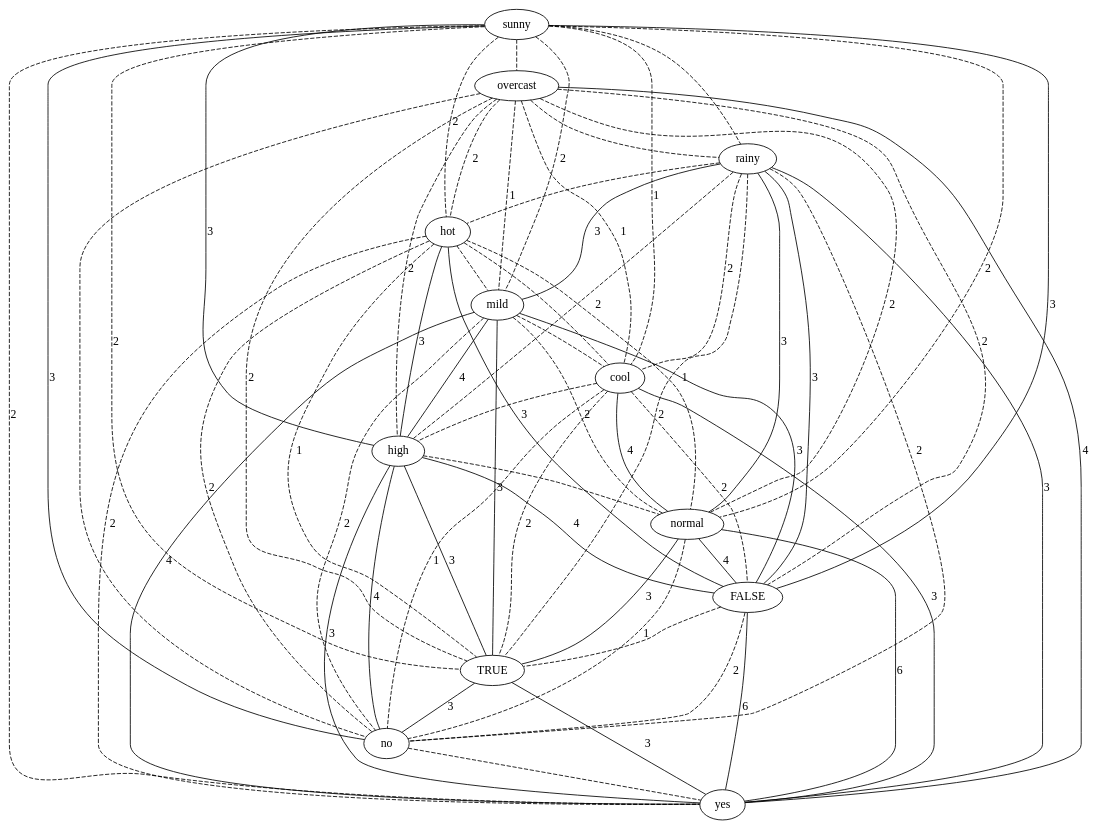
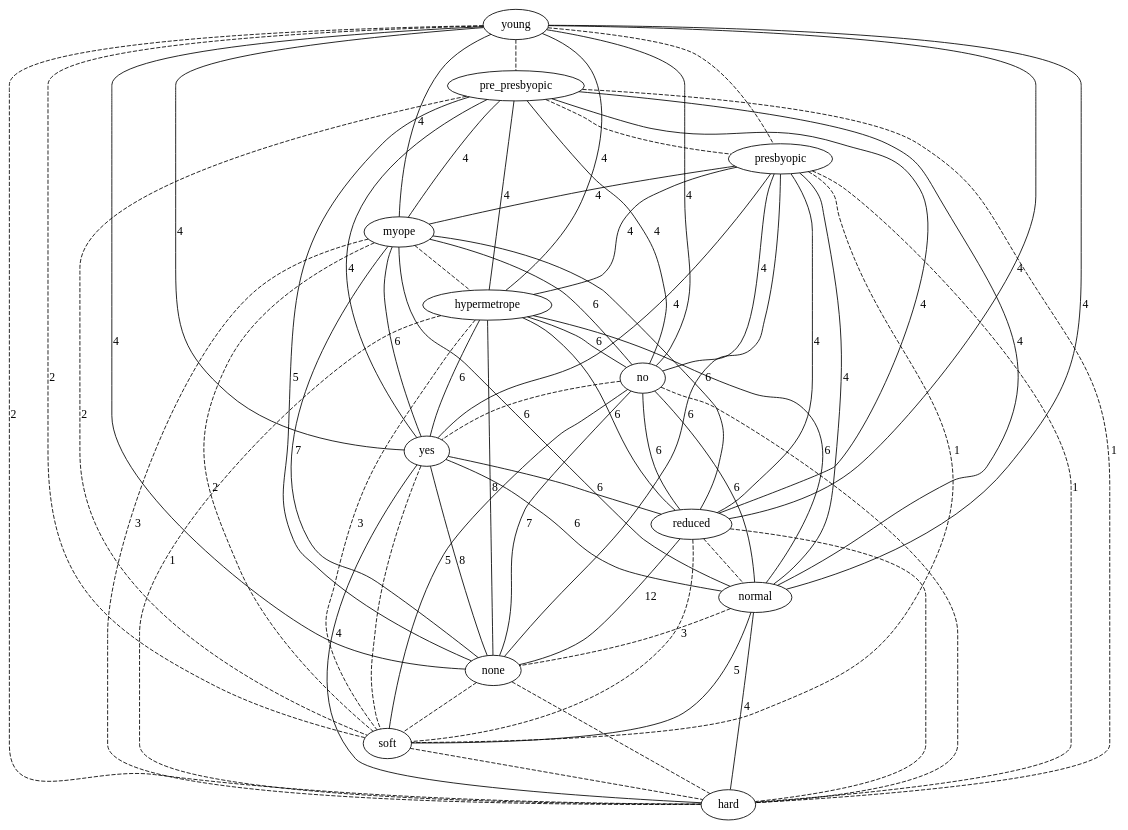
The diagram in src/final/plainGraph_with_threshold.dot (lrodrin/TFG), drawn with Graphviz before and after one commit. The commit also changed 13 other files, not shown here.

```diff
--- a/src/final/plainGraph_with_threshold.dot
+++ b/src/final/plainGraph_with_threshold.dot
@@ -1,80 +1,80 @@
 strict graph "" {
-sunny;
-overcast;
-rainy;
-hot;
-mild;
-cool;
-high;
-normal;
-FALSE;
-TRUE;
+young;
+pre_presbyopic;
+presbyopic;
+myope;
+hypermetrope;
 no;
 yes;
-sunny -- overcast  [color=black, style=dashed];
-sunny -- rainy  [color=black, style=dashed];
-sunny -- hot  [color=black, label=2, style=dashed];
-sunny -- mild  [color=black, label=2, style=dashed];
-sunny -- cool  [color=black, label=1, style=dashed];
-sunny -- high  [color=black, label=3, style=solid];
-sunny -- normal  [color=black, label=2, style=dashed];
-sunny -- FALSE  [color=black, label=3, style=solid];
-sunny -- TRUE  [color=black, label=2, style=dashed];
-sunny -- no  [color=black, label=3, style=solid];
-sunny -- yes  [color=black, label=2, style=dashed];
-overcast -- rainy  [color=black, style=dashed];
-overcast -- hot  [color=black, label=2, style=dashed];
-overcast -- mild  [color=black, label=1, style=dashed];
-overcast -- cool  [color=black, label=1, style=dashed];
-overcast -- high  [color=black, label=2, style=dashed];
-overcast -- normal  [color=black, label=2, style=dashed];
-overcast -- FALSE  [color=black, label=2, style=dashed];
-overcast -- TRUE  [color=black, label=2, style=dashed];
-overcast -- no  [color=black, style=dashed];
-overcast -- yes  [color=black, label=4, style=solid];
-rainy -- hot  [color=black, style=dashed];
-rainy -- mild  [color=black, label=3, style=solid];
-rainy -- cool  [color=black, label=2, style=dashed];
-rainy -- high  [color=black, label=2, style=dashed];
-rainy -- normal  [color=black, label=3, style=solid];
-rainy -- FALSE  [color=black, label=3, style=solid];
-rainy -- TRUE  [color=black, label=2, style=dashed];
-rainy -- no  [color=black, label=2, style=dashed];
-rainy -- yes  [color=black, label=3, style=solid];
-hot -- mild  [color=black, style=dashed];
-hot -- cool  [color=black, style=dashed];
-hot -- high  [color=black, label=3, style=solid];
-hot -- normal  [color=black, label=1, style=dashed];
-hot -- FALSE  [color=black, label=3, style=solid];
-hot -- TRUE  [color=black, label=1, style=dashed];
-hot -- no  [color=black, label=2, style=dashed];
-hot -- yes  [color=black, label=2, style=dashed];
-mild -- cool  [color=black, style=dashed];
-mild -- high  [color=black, label=4, style=solid];
-mild -- normal  [color=black, label=2, style=dashed];
-mild -- FALSE  [color=black, label=3, style=solid];
-mild -- TRUE  [color=black, label=3, style=solid];
-mild -- no  [color=black, label=2, style=dashed];
-mild -- yes  [color=black, label=4, style=solid];
-cool -- high  [color=black, style=dashed];
-cool -- normal  [color=black, label=4, style=solid];
-cool -- FALSE  [color=black, label=2, style=dashed];
-cool -- TRUE  [color=black, label=2, style=dashed];
-cool -- no  [color=black, label=1, style=dashed];
-cool -- yes  [color=black, label=3, style=solid];
-high -- normal  [color=black, style=dashed];
-high -- FALSE  [color=black, label=4, style=solid];
-high -- TRUE  [color=black, label=3, style=solid];
-high -- no  [color=black, label=4, style=solid];
-high -- yes  [color=black, label=3, style=solid];
-normal -- FALSE  [color=black, label=4, style=solid];
-normal -- TRUE  [color=black, label=3, style=solid];
-normal -- no  [color=black, label=1, style=dashed];
-normal -- yes  [color=black, label=6, style=solid];
-FALSE -- TRUE  [color=black, style=dashed];
-FALSE -- no  [color=black, label=2, style=dashed];
-FALSE -- yes  [color=black, label=6, style=solid];
-TRUE -- no  [color=black, label=3, style=solid];
-TRUE -- yes  [color=black, label=3, style=solid];
+reduced;
+normal;
+none;
+soft;
+hard;
+young -- pre_presbyopic  [color=black, style=dashed];
+young -- presbyopic  [color=black, style=dashed];
+young -- myope  [color=black, label=4, style=solid];
+young -- hypermetrope  [color=black, label=4, style=solid];
+young -- no  [color=black, label=4, style=solid];
+young -- yes  [color=black, label=4, style=solid];
+young -- reduced  [color=black, label=4, style=solid];
+young -- normal  [color=black, label=4, style=solid];
+young -- none  [color=black, label=4, style=solid];
+young -- soft  [color=black, label=2, style=dashed];
+young -- hard  [color=black, label=2, style=dashed];
+pre_presbyopic -- presbyopic  [color=black, style=dashed];
+pre_presbyopic -- myope  [color=black, label=4, style=solid];
+pre_presbyopic -- hypermetrope  [color=black, label=4, style=solid];
+pre_presbyopic -- no  [color=black, label=4, style=solid];
+pre_presbyopic -- yes  [color=black, label=4, style=solid];
+pre_presbyopic -- reduced  [color=black, label=4, style=solid];
+pre_presbyopic -- normal  [color=black, label=4, style=solid];
+pre_presbyopic -- none  [color=black, label=5, style=solid];
+pre_presbyopic -- soft  [color=black, label=2, style=dashed];
+pre_presbyopic -- hard  [color=black, label=1, style=dashed];
+presbyopic -- myope  [color=black, label=4, style=solid];
+presbyopic -- hypermetrope  [color=black, label=4, style=solid];
+presbyopic -- no  [color=black, label=4, style=solid];
+presbyopic -- yes  [color=black, label=4, style=solid];
+presbyopic -- reduced  [color=black, label=4, style=solid];
+presbyopic -- normal  [color=black, label=4, style=solid];
+presbyopic -- none  [color=black, label=6, style=solid];
+presbyopic -- soft  [color=black, label=1, style=dashed];
+presbyopic -- hard  [color=black, label=1, style=dashed];
+myope -- hypermetrope  [color=black, style=dashed];
+myope -- no  [color=black, label=6, style=solid];
+myope -- yes  [color=black, label=6, style=solid];
+myope -- reduced  [color=black, label=6, style=solid];
+myope -- normal  [color=black, label=6, style=solid];
+myope -- none  [color=black, label=7, style=solid];
+myope -- soft  [color=black, label=2, style=dashed];
+myope -- hard  [color=black, label=3, style=dashed];
+hypermetrope -- no  [color=black, label=6, style=solid];
+hypermetrope -- yes  [color=black, label=6, style=solid];
+hypermetrope -- reduced  [color=black, label=6, style=solid];
+hypermetrope -- normal  [color=black, label=6, style=solid];
+hypermetrope -- none  [color=black, label=8, style=solid];
+hypermetrope -- soft  [color=black, label=3, style=dashed];
+hypermetrope -- hard  [color=black, label=1, style=dashed];
 no -- yes  [color=black, style=dashed];
+no -- reduced  [color=black, label=6, style=solid];
+no -- normal  [color=black, label=6, style=solid];
+no -- none  [color=black, label=7, style=solid];
+no -- soft  [color=black, label=5, style=solid];
+no -- hard  [color=black, style=dashed];
+yes -- reduced  [color=black, label=6, style=solid];
+yes -- normal  [color=black, label=6, style=solid];
+yes -- none  [color=black, label=8, style=solid];
+yes -- soft  [color=black, style=dashed];
+yes -- hard  [color=black, label=4, style=solid];
+reduced -- normal  [color=black, style=dashed];
+reduced -- none  [color=black, label=12, style=solid];
+reduced -- soft  [color=black, style=dashed];
+reduced -- hard  [color=black, style=dashed];
+normal -- none  [color=black, label=3, style=dashed];
+normal -- soft  [color=black, label=5, style=solid];
+normal -- hard  [color=black, label=4, style=solid];
+none -- soft  [color=black, style=dashed];
+none -- hard  [color=black, style=dashed];
+soft -- hard  [color=black, style=dashed];
 }
```
